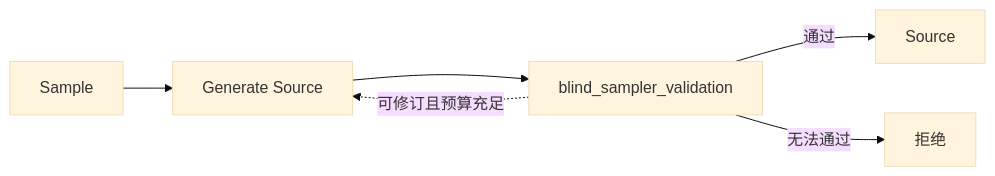
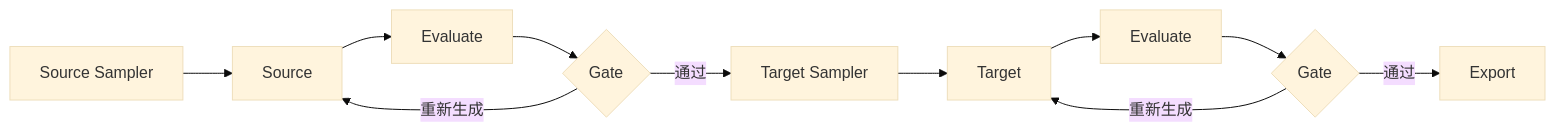
One commit to ChenYizhu97/PairData changed the diagram in README.md. Above: the diagram before and after it, drawn with Mermaid (base theme). The commit also changed other lines of this file and 137 other files, not shown here.

Commit message:
Refactor PairData into a configurable source-target synthesis pipeline

````diff
--- a/README.md
+++ b/README.md
@@ -29,8 +15,13 @@
 ```mermaid
 flowchart LR
-    A[Sample] --> B[Generate Source]
-    B --> C[blind_sampler_validation]
-    C -->|通过| D[Source]
-    C -.->|可修订且预算充足| B
-    C -->|无法通过| R[拒绝]
+    SS[Source Sampler] --> S[Source]
+    S --> SE[Evaluate]
+    SE --> SG{Gate}
+    SG -->|通过| TS[Target Sampler]
+    TS --> T[Target]
+    T --> TE[Evaluate]
+    TE --> TG{Gate}
+    TG -->|通过| E[Export]
+    SG -->|重新生成| S
+    TG -->|重新生成| T
 ```
````
